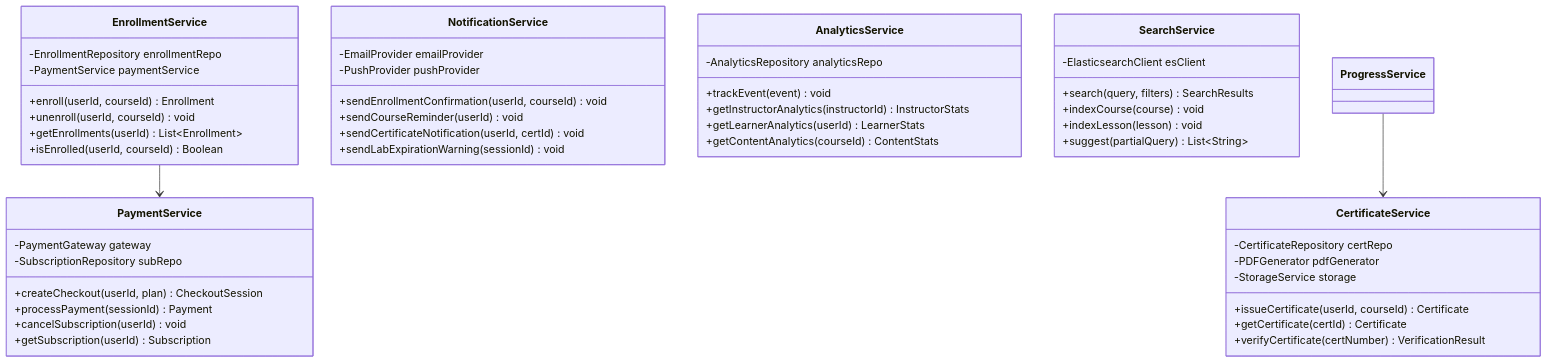
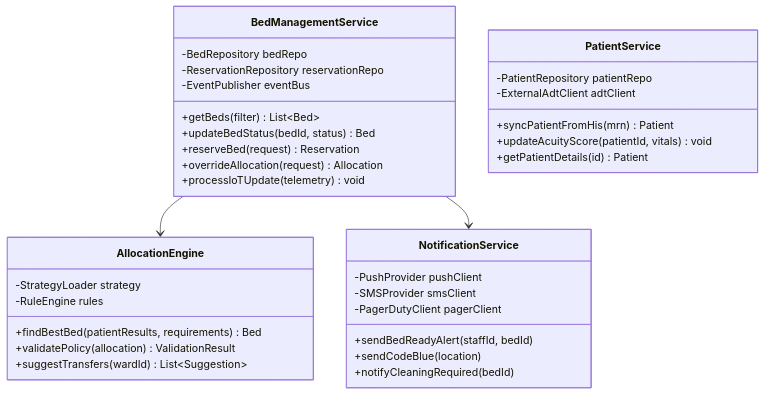
One commit to adityasinghz/kata-3 changed the fourth of 6 diagrams in CLASS_DIAGRAM.md. Above: the diagram before and after it, drawn with Mermaid. The commit also changed other lines of this file and 12 other files, not shown here.

````diff
--- a/CLASS_DIAGRAM.md
+++ b/CLASS_DIAGRAM.md
@@ -411,57 +185,41 @@
 ```mermaid
 classDiagram
-    class EnrollmentService {
-        -EnrollmentRepository enrollmentRepo
-        -PaymentService paymentService
-        +enroll(userId, courseId) Enrollment
-        +unenroll(userId, courseId) void
-        +getEnrollments(userId) List~Enrollment~
-        +isEnrolled(userId, courseId) Boolean
-    }
-    
-    class PaymentService {
-        -PaymentGateway gateway
-        -SubscriptionRepository subRepo
-        +createCheckout(userId, plan) CheckoutSession
-        +processPayment(sessionId) Payment
-        +cancelSubscription(userId) void
-        +getSubscription(userId) Subscription
-    }
-    
-    class NotificationService {
-        -EmailProvider emailProvider
-        -PushProvider pushProvider
-        +sendEnrollmentConfirmation(userId, courseId) void
-        +sendCourseReminder(userId) void
-        +sendCertificateNotification(userId, certId) void
-        +sendLabExpirationWarning(sessionId) void
-    }
-    
-    class AnalyticsService {
-        -AnalyticsRepository analyticsRepo
-        +trackEvent(event) void
-        +getInstructorAnalytics(instructorId) InstructorStats
-        +getLearnerAnalytics(userId) LearnerStats
-        +getContentAnalytics(courseId) ContentStats
-    }
-    
-    class CertificateService {
-        -CertificateRepository certRepo
-        -PDFGenerator pdfGenerator
-        -StorageService storage
-        +issueCertificate(userId, courseId) Certificate
-        +getCertificate(certId) Certificate
-        +verifyCertificate(certNumber) VerificationResult
-    }
-    
-    class SearchService {
-        -ElasticsearchClient esClient
-        +search(query, filters) SearchResults
-        +indexCourse(course) void
-        +indexLesson(lesson) void
-        +suggest(partialQuery) List~String~
+    class BedManagementService {
+        -BedRepository bedRepo
+        -ReservationRepository reservationRepo
+        -EventPublisher eventBus
+        +getBeds(filter) List~Bed~
+        +updateBedStatus(bedId, status) Bed
+        +reserveBed(request) Reservation
+        +overrideAllocation(request) Allocation
+        +processIoTUpdate(telemetry) void
     }
 
-    EnrollmentService --> PaymentService
-    ProgressService --> CertificateService
+    class AllocationEngine {
+        -StrategyLoader strategy
+        -RuleEngine rules
+        +findBestBed(patientResults, requirements) Bed
+        +validatePolicy(allocation) ValidationResult
+        +suggestTransfers(wardId) List~Suggestion~
+    }
+
+    class PatientService {
+        -PatientRepository patientRepo
+        -ExternalAdtClient adtClient
+        +syncPatientFromHis(mrn) Patient
+        +updateAcuityScore(patientId, vitals) void
+        +getPatientDetails(id) Patient
+    }
+
+    class NotificationService {
+        -PushProvider pushClient
+        -SMSProvider smsClient
+        -PagerDutyClient pagerClient
+        +sendBedReadyAlert(staffId, bedId)
+        +sendCodeBlue(location)
+        +notifyCleaningRequired(bedId)
+    }
+
+    BedManagementService --> AllocationEngine
+    BedManagementService --> NotificationService
 ```
````
